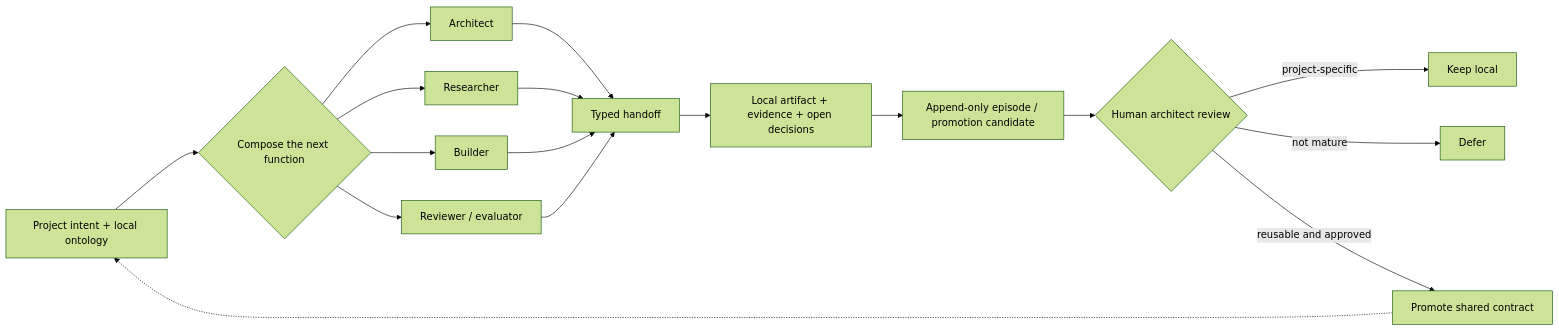
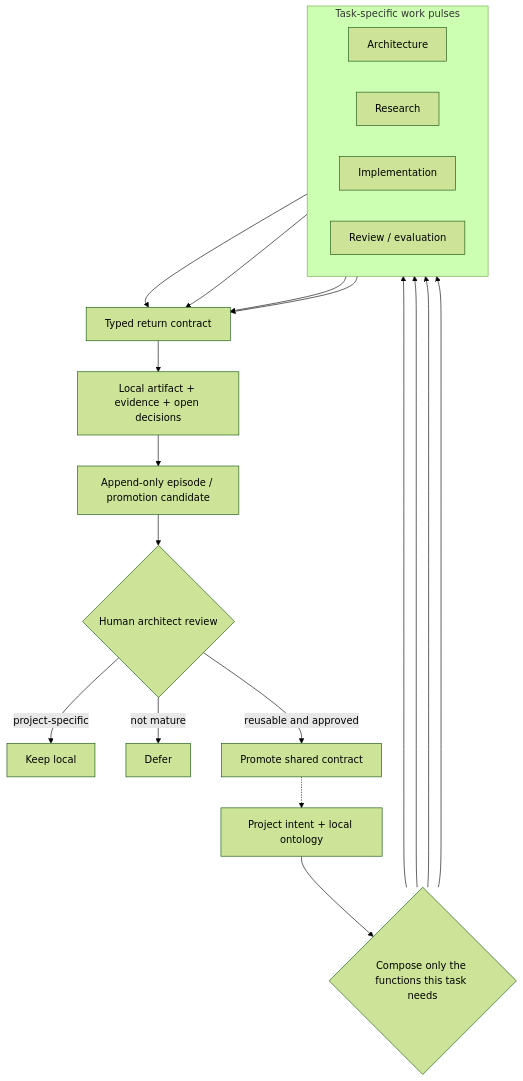
The fourth of 6 diagrams in docs/case-studies/narrow-success-broad-failure.md (yiwei79/root-azoth), drawn with Mermaid (forest theme) before and after one commit. The commit also changed other lines of this file and 4 other files, not shown here.

````diff
--- a/docs/case-studies/narrow-success-broad-failure.md
+++ b/docs/case-studies/narrow-success-broad-failure.md
@@ -222,19 +224,28 @@
 ```mermaid
-flowchart LR
-    I["Project intent + local ontology"] --> C{"Compose the next function"}
-    C --> A["Architect"]
-    C --> R["Researcher"]
-    C --> B["Builder"]
-    C --> V["Reviewer / evaluator"]
-    A --> H["Typed handoff"]
+flowchart TB
+    I["Project intent + local ontology"] --> C{"Compose only the functions this task needs"}
+
+    subgraph FUNCTIONS["Task-specific work pulses"]
+        direction LR
+        A["Architecture"]
+        R["Research"]
+        B["Implementation"]
+        V["Review / evaluation"]
+    end
+
+    C --> A
+    C --> R
+    C --> B
+    C --> V
+    A --> H["Typed return contract"]
     R --> H
     B --> H
     V --> H
     H --> E["Local artifact + evidence + open decisions"]
     E --> P["Append-only episode / promotion candidate"]
     P --> M{"Human architect review"}
     M -->|project-specific| K["Keep local"]
     M -->|not mature| D["Defer"]
     M -->|reusable and approved| S["Promote shared contract"]
     S -.-> I
 ```
````
